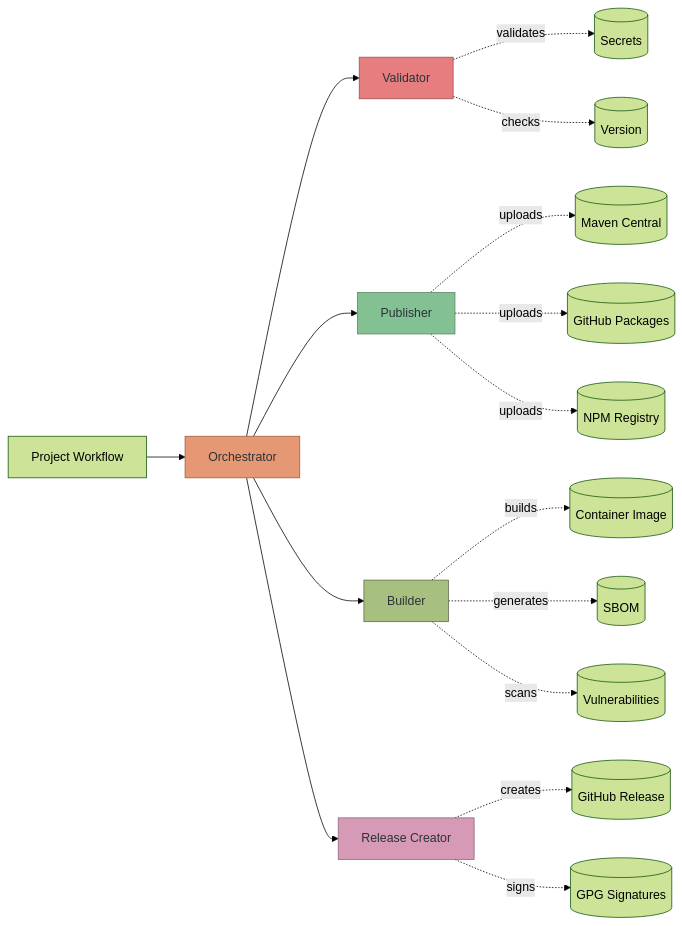
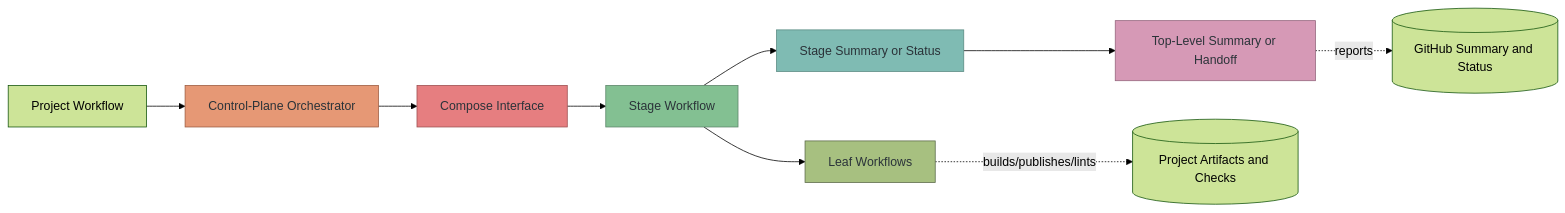
The fourth of 7 diagrams in docs/workflows.md (diggsweden/reusable-ci), drawn with Mermaid (forest theme) before and after one commit. The commit also changed other lines of this file and 237 other files, not shown here.

````diff
--- a/docs/workflows.md
+++ b/docs/workflows.md
@@ -77,28 +229,19 @@
 ```mermaid
 graph LR
-    A[Project Workflow] --> B[Orchestrator]
-    B --> C[Validator]
-    B --> D[Publisher]
-    B --> E[Builder]
-    B --> F[Release Creator]
+    A[Project Workflow] --> B[Control-Plane Orchestrator]
+    B --> C[Compose Interface]
+    C --> D[Stage Workflow]
+    D --> E[Leaf Workflows]
+    D --> F[Stage Summary or Status]
+    F --> G[Top-Level Summary or Handoff]
 
-    C -.validates.-> G[(Secrets)]
-    C -.checks.-> H[(Version)]
-
-    D -.uploads.-> I[(Maven Central)]
-    D -.uploads.-> J[(GitHub Packages)]
-    D -.uploads.-> K[(NPM Registry)]
-
-    E -.builds.-> L[(Container Image)]
-    E -.generates.-> M[(SBOM)]
-    E -.scans.-> N[(Vulnerabilities)]
-
-    F -.creates.-> O[(GitHub Release)]
-    F -.signs.-> P[(GPG Signatures)]
+    E -.builds/publishes/lints.-> H[(Project Artifacts and Checks)]
+    G -.reports.-> I[(GitHub Summary and Status)]
 
     style B fill:#e69875,stroke:#9d5c41,color:#2b3339
     style C fill:#e67e80,stroke:#9d4f50,color:#2b3339
     style D fill:#83c092,stroke:#5c856a,color:#2b3339
     style E fill:#a7c080,stroke:#5c6a4a,color:#2b3339
-    style F fill:#d699b6,stroke:#93647c,color:#2b3339
+    style F fill:#7fbbb3,stroke:#5a8a82,color:#2b3339
+    style G fill:#d699b6,stroke:#93647c,color:#2b3339
 ```
````
